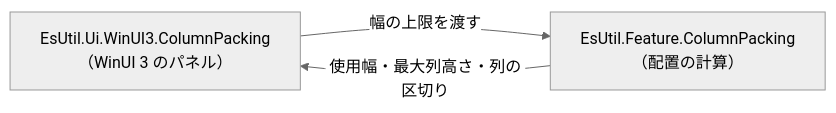
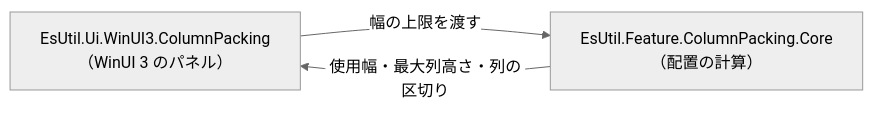
The diagram in EsUtil.Ui.WinUI3/ColumnPacking/README.md (tomokuni/EsUtil), drawn with Mermaid (neutral theme) before and after one commit. The commit also changed other lines of this file and 103 other files, not shown here.

````diff
--- a/EsUtil.Ui.WinUI3/ColumnPacking/README.md
+++ b/EsUtil.Ui.WinUI3/ColumnPacking/README.md
@@ -17,7 +17,7 @@
 ```mermaid
 flowchart LR
     P["EsUtil.Ui.WinUI3.ColumnPacking<br/>（WinUI 3 のパネル）"]
-    E["EsUtil.Feature.ColumnPacking<br/>（配置の計算）"]
+    E["EsUtil.Feature.ColumnPacking.Core<br/>（配置の計算）"]
     P -->|"幅の上限を渡す"| E
     E -->|"使用幅・最大列高さ・列の区切り"| P
 ```
````
